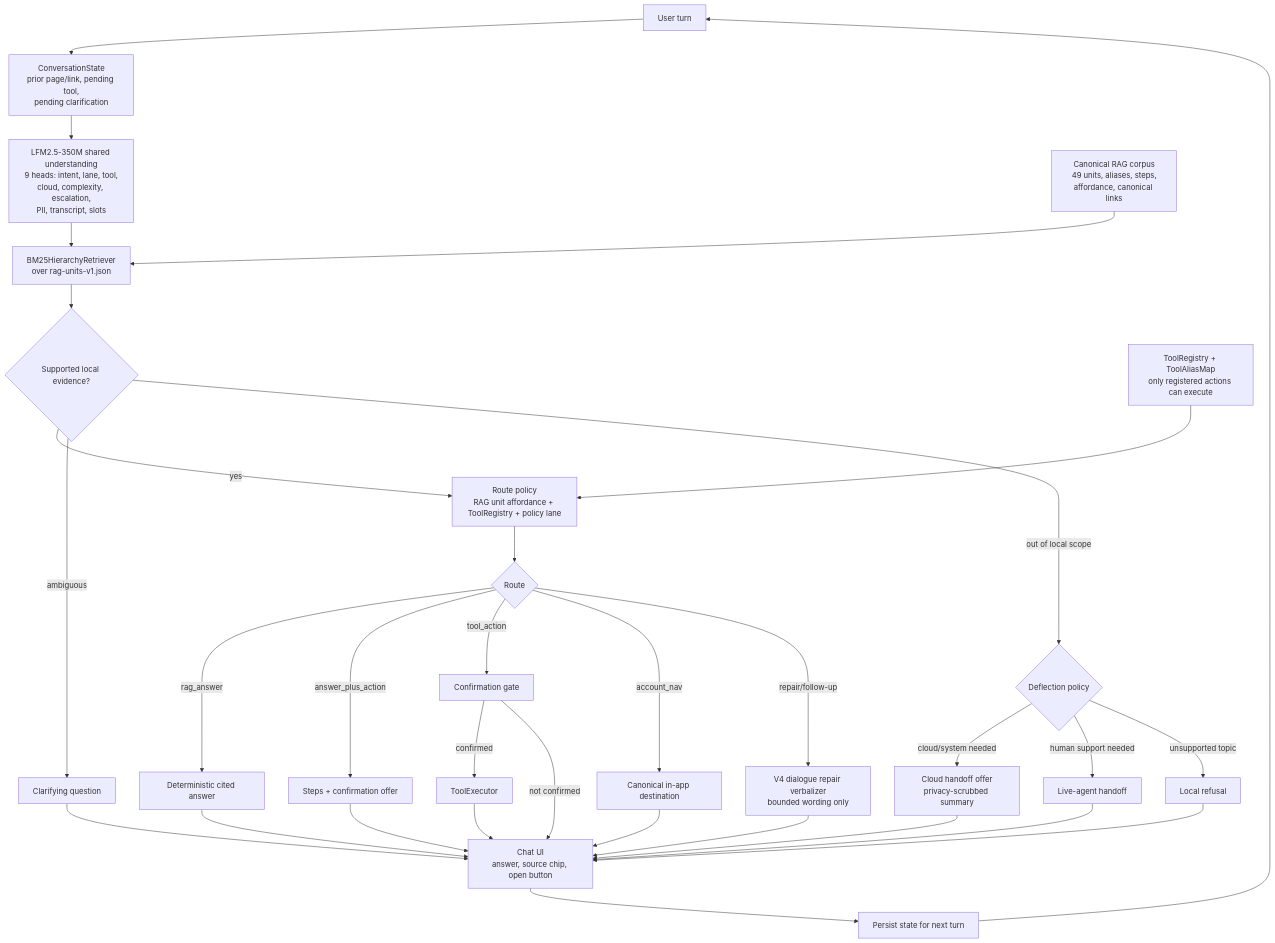
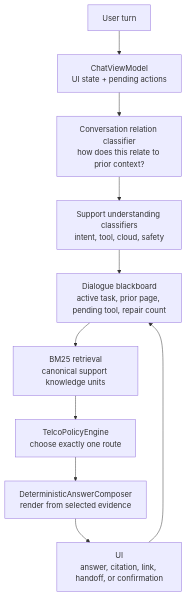
Before and after one commit to isamusuga/cookbook: the diagram in examples/telco-triage-ios/README.md, drawn with Mermaid. The commit also changed other lines of this file and 61 other files, not shown here.

````diff
--- a/examples/telco-triage-ios/README.md
+++ b/examples/telco-triage-ios/README.md
@@ -25,39 +27,12 @@
 ```mermaid
 flowchart TD
-    A["User turn"] --> B["ConversationState<br/>prior page/link, pending tool,<br/>pending clarification"]
-    B --> U["LFM2.5-350M shared understanding<br/>9 heads: intent, lane, tool,<br/>cloud, complexity, escalation,<br/>PII, transcript, slots"]
-    U --> C["BM25HierarchyRetriever<br/>over rag-units-v1.json"]
-    K["Canonical RAG corpus<br/>49 units, aliases, steps,<br/>affordance, canonical links"] --> C
-    C --> D{"Supported local evidence?"}
-
-    D -- "yes" --> E["Route policy<br/>RAG unit affordance + ToolRegistry + policy lane"]
-    T["ToolRegistry + ToolAliasMap<br/>only registered actions can execute"] --> E
-    E --> F{"Route"}
-
-    F -- "rag_answer" --> G["Deterministic cited answer"]
-    F -- "answer_plus_action" --> H["Steps + confirmation offer"]
-    F -- "tool_action" --> I["Confirmation gate"]
-    F -- "account_nav" --> J["Canonical in-app destination"]
-    F -- "repair/follow-up" --> V["V4 dialogue repair verbalizer<br/>bounded wording only"]
-
-    I -- "confirmed" --> X["ToolExecutor"]
-    I -- "not confirmed" --> UI
-    G --> UI["Chat UI<br/>answer, source chip, open button"]
-    H --> UI
-    J --> UI
-    V --> UI
-    X --> UI
-
-    D -- "ambiguous" --> Q["Clarifying question"]
-    D -- "out of local scope" --> O{"Deflection policy"}
-    O -- "cloud/system needed" --> S["Cloud handoff offer<br/>privacy-scrubbed summary"]
-    O -- "human support needed" --> L["Live-agent handoff"]
-    O -- "unsupported topic" --> R["Local refusal"]
-    Q --> UI
-    S --> UI
-    L --> UI
-    R --> UI
-
-    UI --> Z["Persist state for next turn"]
-    Z --> A
+    A["User turn"] --> B["ChatViewModel<br/>UI state + pending actions"]
+    B --> C["Conversation relation classifier<br/>how does this relate to prior context?"]
+    C --> D["Support understanding classifiers<br/>intent, tool, cloud, safety"]
+    D --> E["Dialogue blackboard<br/>active task, prior page, pending tool, repair count"]
+    E --> F["BM25 retrieval<br/>canonical support knowledge units"]
+    F --> G["TelcoPolicyEngine<br/>choose exactly one route"]
+    G --> H["DeterministicAnswerComposer<br/>render from selected evidence"]
+    H --> I["UI<br/>answer, citation, link, handoff, or confirmation"]
+    I --> E
 ```
````
